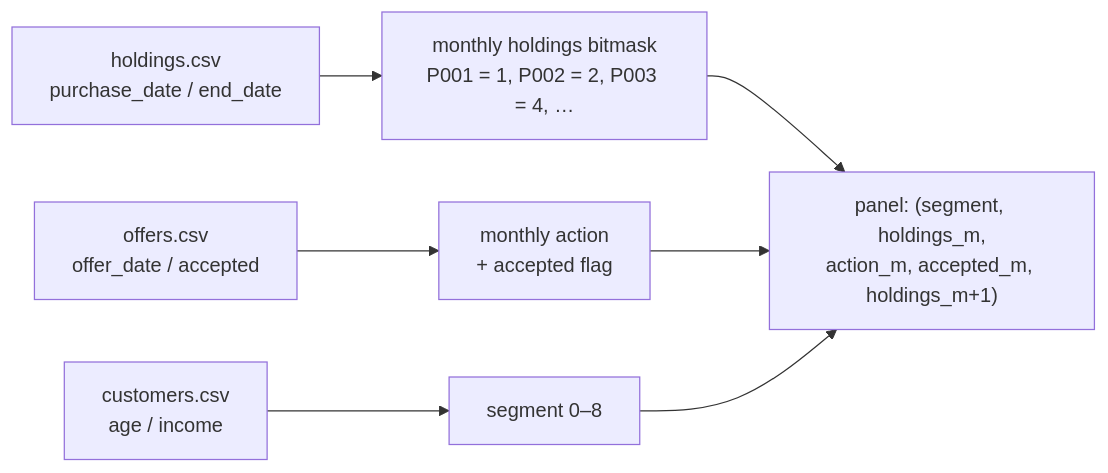
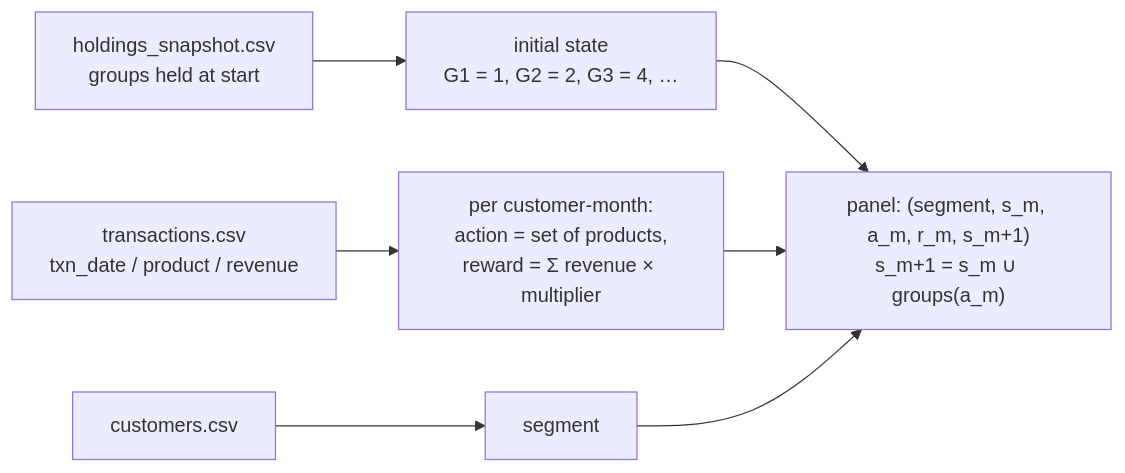
Before and after one commit to pakhapoom/customer-lifetime-value: the second of 6 diagrams in README.md, drawn with Mermaid. The commit also changed other lines of this file and 7 other files, not shown here.

````diff
--- a/README.md
+++ b/README.md
@@ -128,9 +131,9 @@
 ```mermaid
 flowchart LR
-    H["holdings.csv<br/>purchase_date / end_date"] --> B["monthly holdings bitmask<br/>P001 = 1, P002 = 2, P003 = 4, …"]
-    O["offers.csv<br/>offer_date / accepted"] --> A["monthly action<br/>+ accepted flag"]
-    C["customers.csv<br/>age / income"] --> S["segment 0–8"]
-    B --> P["panel: (segment, holdings_m,<br/>action_m, accepted_m, holdings_m+1)"]
+    S["holdings_snapshot.csv<br/>groups held at start"] --> B["initial state<br/>G1 = 1, G2 = 2, G3 = 4, …"]
+    TX["transactions.csv<br/>txn_date / product / revenue"] --> A["per customer-month:<br/>action = set of products,<br/>reward = Σ revenue × multiplier"]
+    C["customers.csv"] --> SEG["segment"]
+    B --> P["panel: (segment, s_m, a_m, r_m, s_m+1)<br/>s_m+1 = s_m ∪ groups(a_m)"]
     A --> P
-    S --> P
+    SEG --> P
 ```
````
